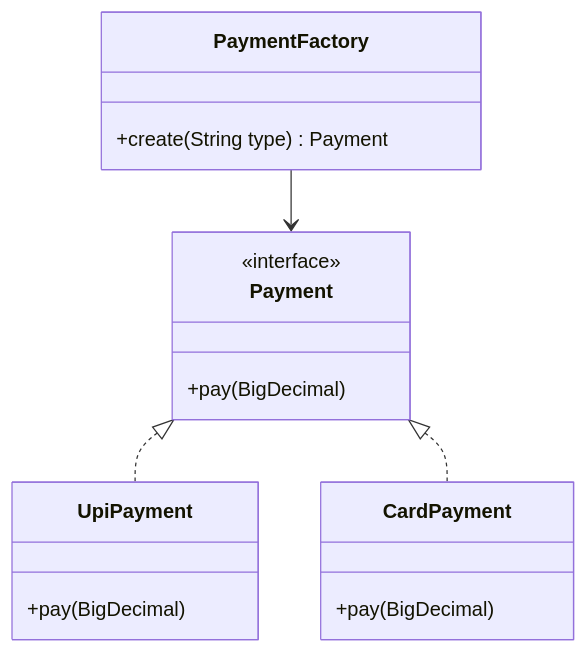
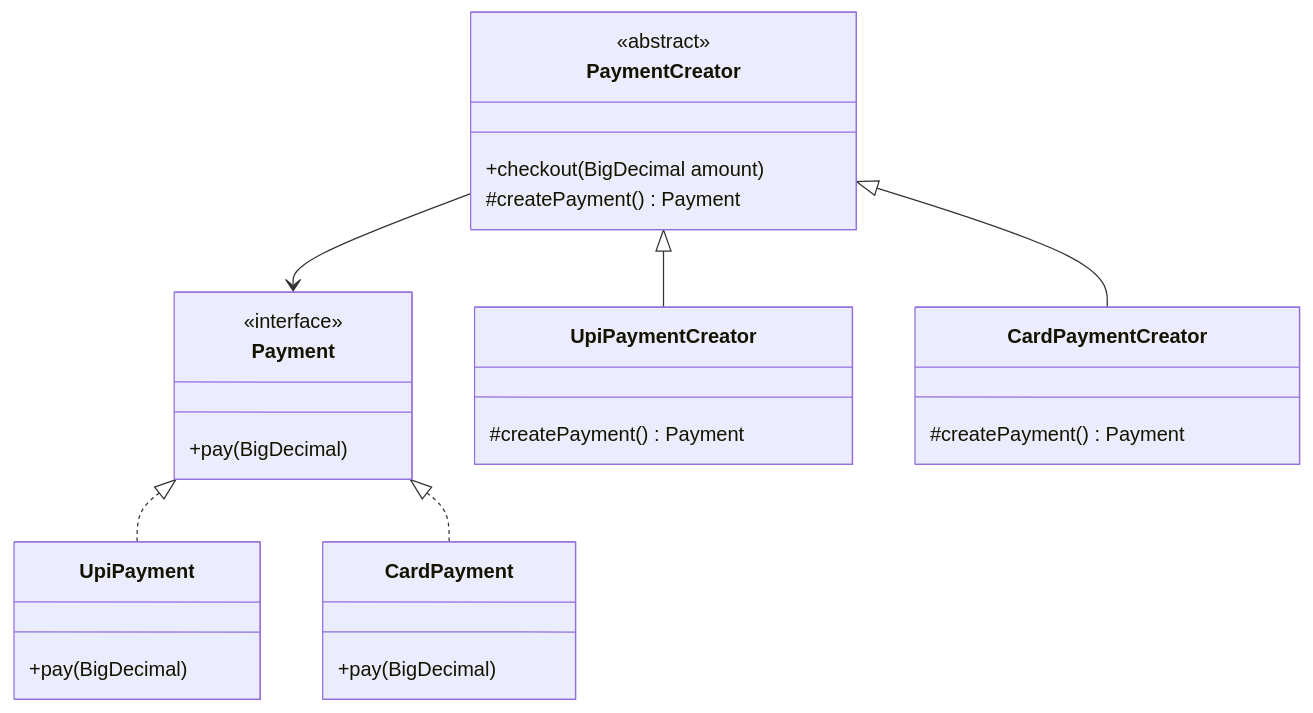
One commit to ft-abhishekgupta/interview-prep-suite changed the first of 4 diagrams in src/content/lld/02-design-patterns/01-creational-patterns.md. Above: the diagram before and after it, drawn with Mermaid. The commit also changed other lines of this file and 307 other files, not shown here.

````diff
--- a/src/content/lld/02-design-patterns/01-creational-patterns.md
+++ b/src/content/lld/02-design-patterns/01-creational-patterns.md
@@ -14,19 +14,29 @@
 ```mermaid
 classDiagram
     class Payment {
         <<interface>>
         +pay(BigDecimal)
     }
     class UpiPayment {
         +pay(BigDecimal)
     }
     class CardPayment {
         +pay(BigDecimal)
     }
-    class PaymentFactory {
-        +create(String type) Payment
+    class PaymentCreator {
+        <<abstract>>
+        +checkout(BigDecimal amount)
+        #createPayment() Payment
+    }
+    class UpiPaymentCreator {
+        #createPayment() Payment
+    }
+    class CardPaymentCreator {
+        #createPayment() Payment
     }
     Payment <|.. UpiPayment
     Payment <|.. CardPayment
-    PaymentFactory --> Payment
+    PaymentCreator <|-- UpiPaymentCreator
+    PaymentCreator <|-- CardPaymentCreator
+    PaymentCreator --> Payment
 ```
````
